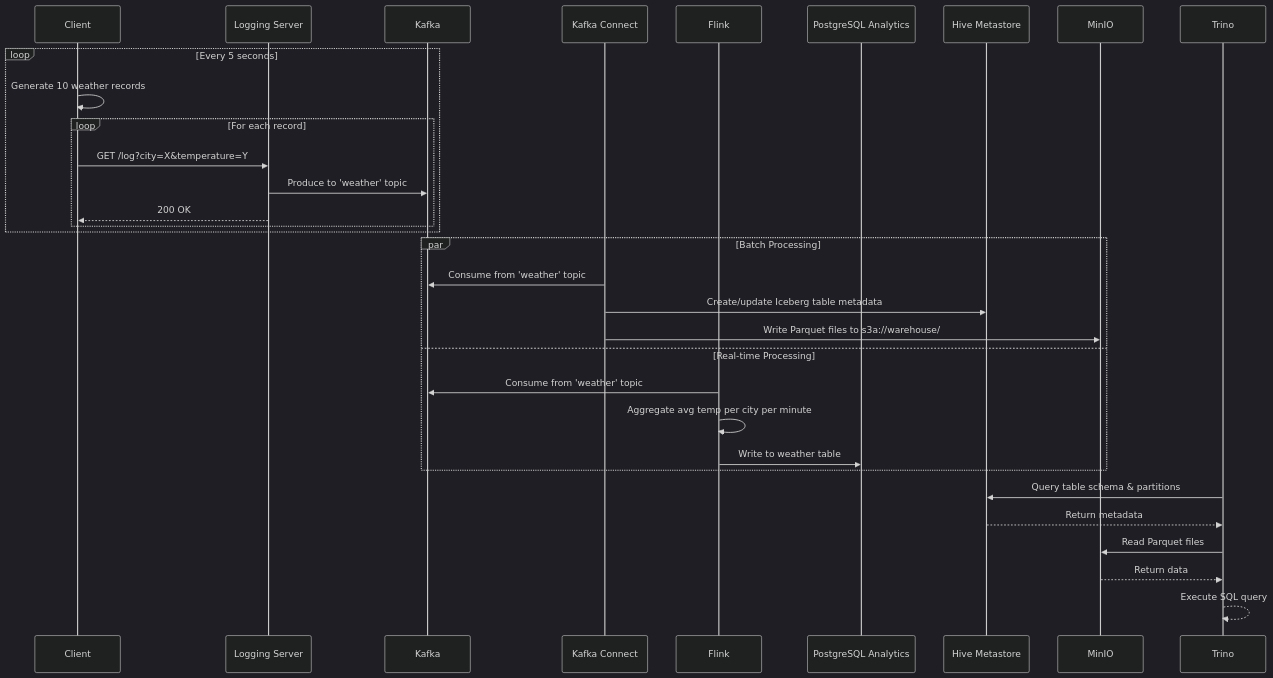
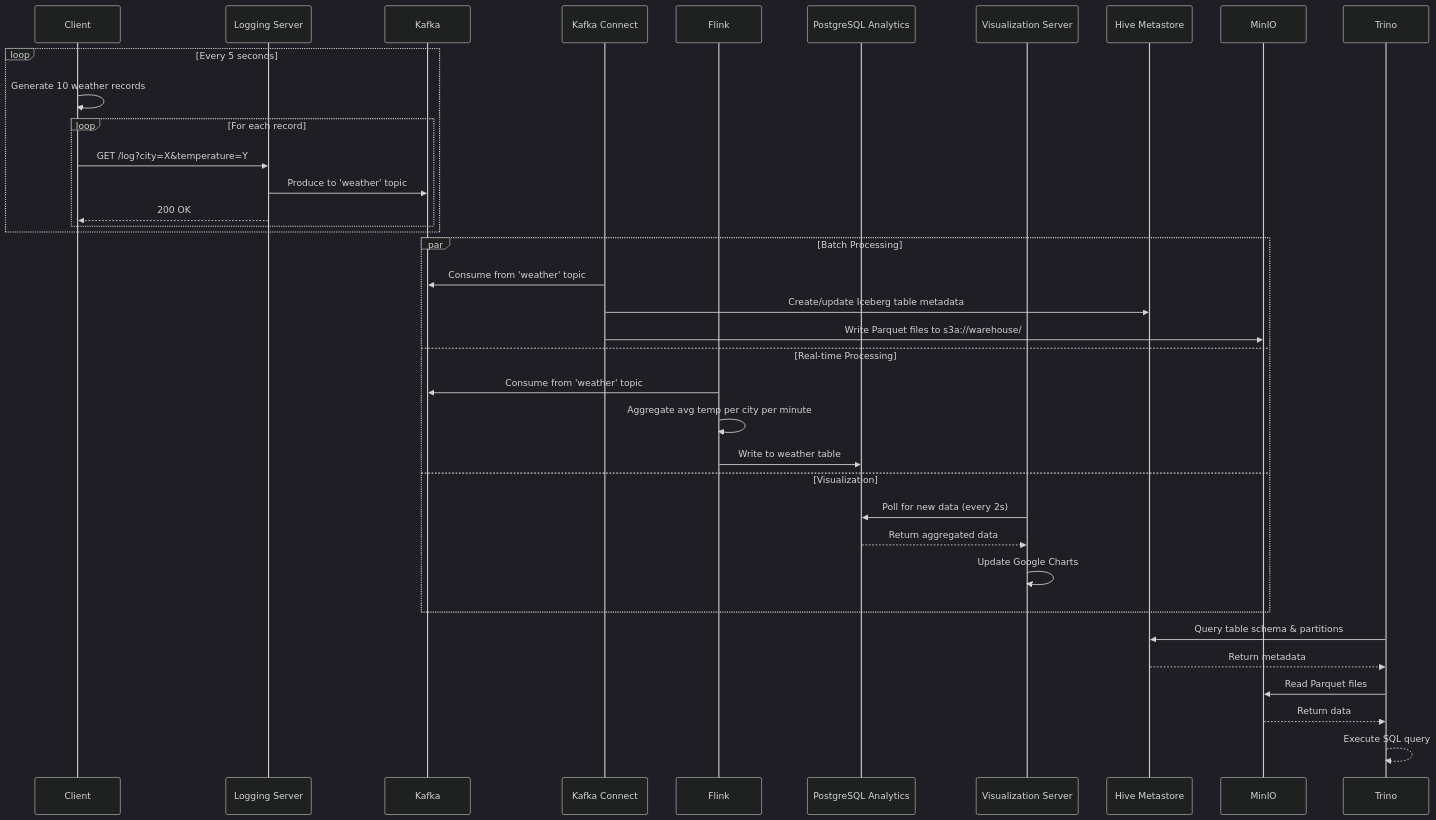
The second of 2 diagrams in PLAN.md (rejithry/data-pipeline-cursor), drawn with Mermaid (dark theme) before and after one commit. The commit also changed other lines of this file and 8 other files, not shown here.

Commit message:
Add visualization server with Google Charts dashboard, update client to use static cities, update Flink to 5-second windows

````diff
--- a/PLAN.md
+++ b/PLAN.md
@@ -54,37 +59,42 @@
 ```mermaid
 sequenceDiagram
     participant C as Client
     participant LS as Logging Server
     participant K as Kafka
     participant KC as Kafka Connect
     participant F as Flink
     participant PA as PostgreSQL Analytics
+    participant V as Visualization Server
     participant HMS as Hive Metastore
     participant M as MinIO
     participant T as Trino
     
     loop Every 5 seconds
         C->>C: Generate 10 weather records
         loop For each record
             C->>LS: GET /log?city=X&temperature=Y
             LS->>K: Produce to 'weather' topic
             LS-->>C: 200 OK
         end
     end
     
     par Batch Processing
         KC->>K: Consume from 'weather' topic
         KC->>HMS: Create/update Iceberg table metadata
         KC->>M: Write Parquet files to s3a://warehouse/
     and Real-time Processing
         F->>K: Consume from 'weather' topic
         F->>F: Aggregate avg temp per city per minute
         F->>PA: Write to weather table
+    and Visualization
+        V->>PA: Poll for new data (every 2s)
+        PA-->>V: Return aggregated data
+        V->>V: Update Google Charts
     end
     
     T->>HMS: Query table schema & partitions
     HMS-->>T: Return metadata
     T->>M: Read Parquet files
     M-->>T: Return data
     T-->>T: Execute SQL query
 ```
````
